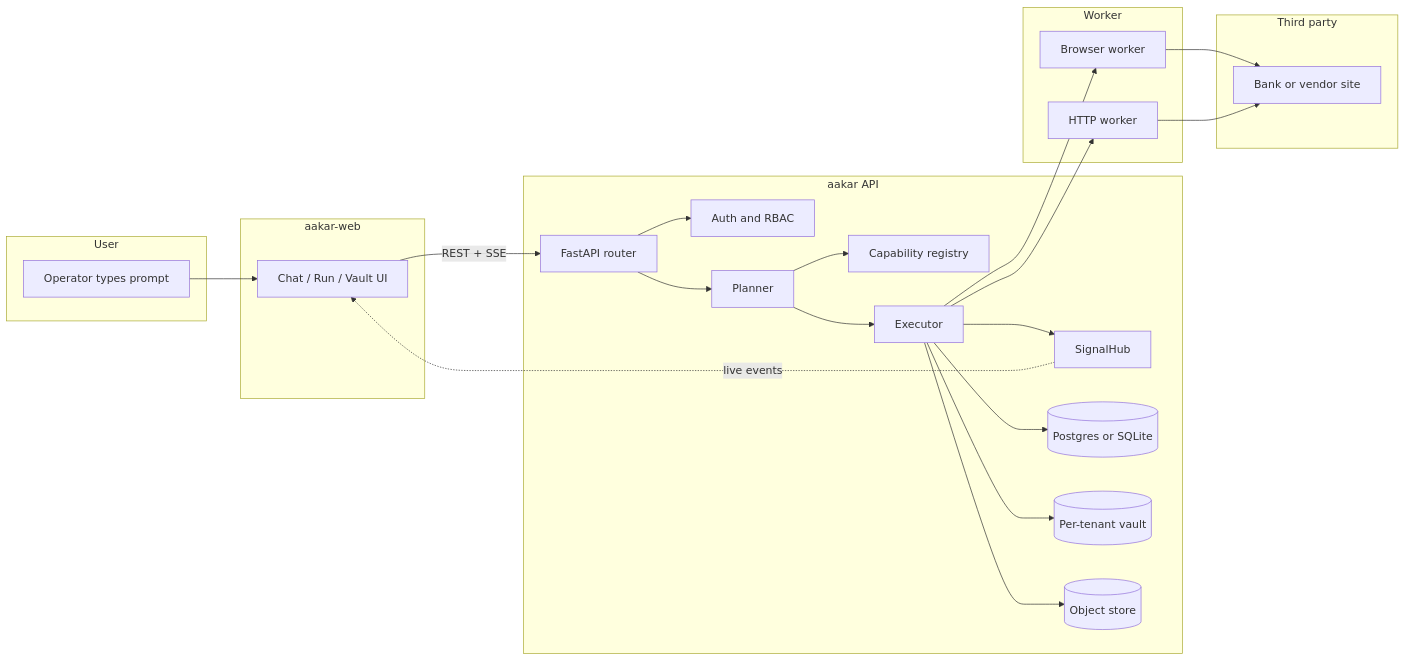
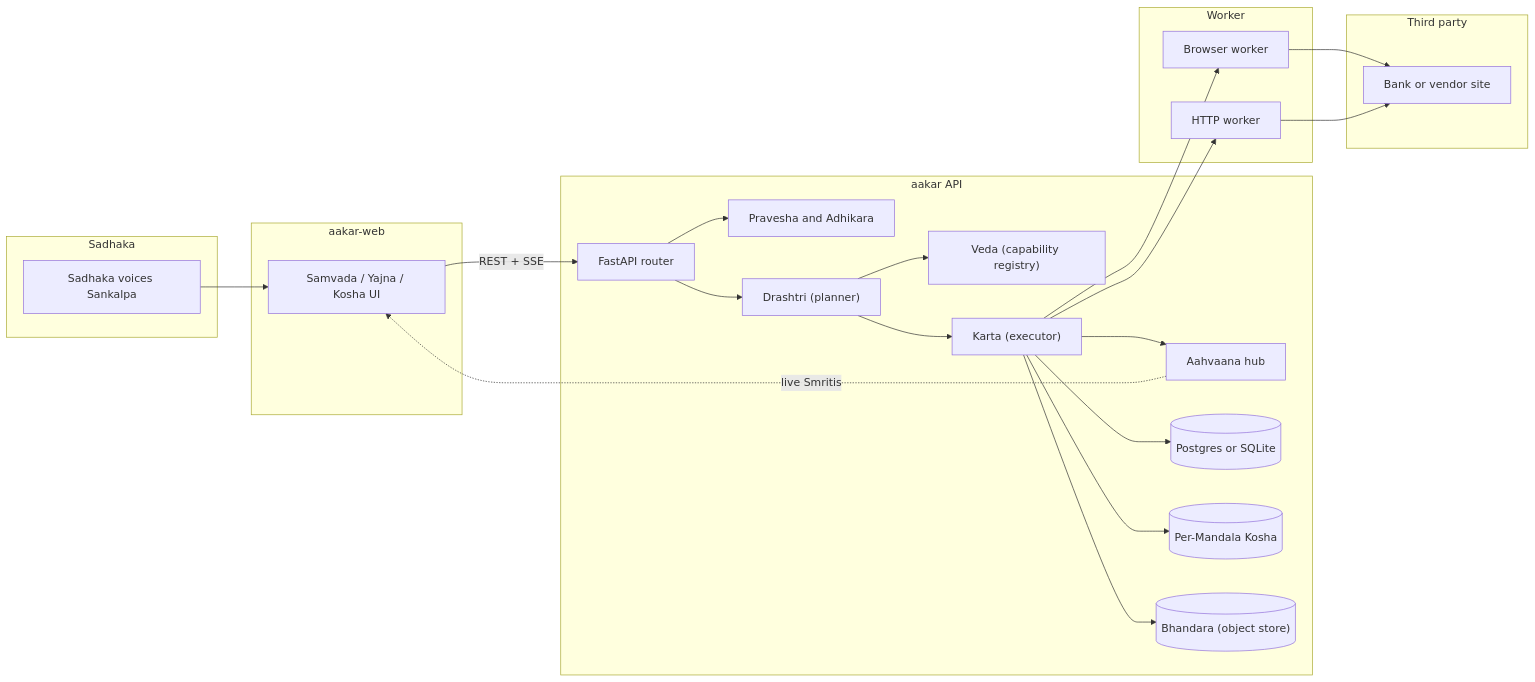
One commit to so-weak/Aakaar changed the first of 4 diagrams in documentation/src/01-HLD.md. Above: the diagram before and after it, drawn with Mermaid. The commit also changed other lines of this file and 56 other files, not shown here.

````diff
--- a/documentation/src/01-HLD.md
+++ b/documentation/src/01-HLD.md
@@ -29,43 +29,43 @@
 ```mermaid
 flowchart LR
-  subgraph "User"
-    U["Operator types prompt"]
+  subgraph "Sadhaka"
+    U["Sadhaka voices Sankalpa"]
   end
   subgraph "aakar-web"
-    UI["Chat / Run / Vault UI"]
+    UI["Samvada / Yajna / Kosha UI"]
   end
   subgraph "aakar API"
     API["FastAPI router"]
-    AUTH["Auth and RBAC"]
-    PLAN["Planner"]
-    REG["Capability registry"]
-    EXEC["Executor"]
-    HUB["SignalHub"]
+    AUTH["Pravesha and Adhikara"]
+    PLAN["Drashtri (planner)"]
+    REG["Veda (capability registry)"]
+    EXEC["Karta (executor)"]
+    HUB["Aahvaana hub"]
     DB[("Postgres or SQLite")]
-    VAULT[("Per-tenant vault")]
-    OBJ[("Object store")]
+    VAULT[("Per-Mandala Kosha")]
+    OBJ[("Bhandara (object store)")]
   end
   subgraph "Worker"
     BR["Browser worker"]
     HTTP["HTTP worker"]
   end
   subgraph "Third party"
     SITE["Bank or vendor site"]
   end
 
   U --> UI
   UI -->|REST + SSE| API
   API --> AUTH
   API --> PLAN
   PLAN --> REG
   PLAN --> EXEC
   EXEC --> HUB
   EXEC --> BR
   EXEC --> HTTP
   BR --> SITE
   HTTP --> SITE
   EXEC --> DB
   EXEC --> OBJ
   EXEC --> VAULT
-  HUB -.->|live events| UI
+  HUB -.->|live Smritis| UI
 ```
````
